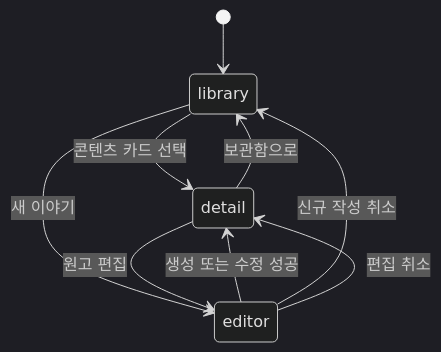
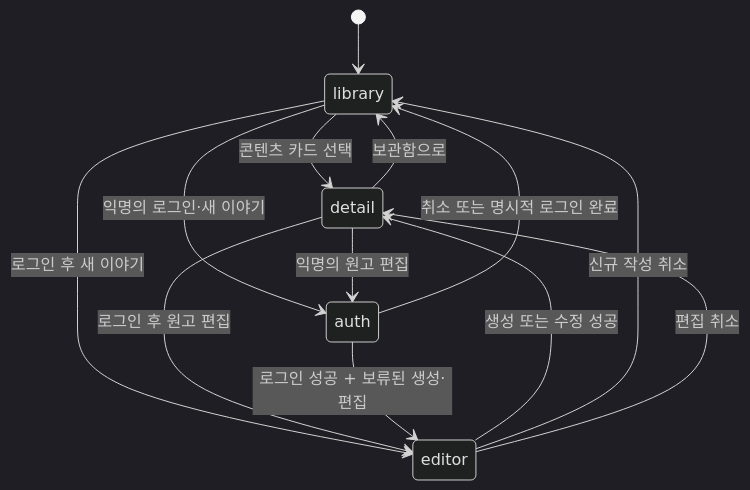
The second of 4 diagrams in FLOW.md (dbrlwns/spring-react-sleeping-sound), drawn with Mermaid (dark theme) before and after one commit. The commit also changed other lines of this file and 93 other files, not shown here.

````diff
--- a/FLOW.md
+++ b/FLOW.md
@@ -165,11 +197,15 @@
 ```mermaid
 stateDiagram-v2
     [*] --> library
     library --> detail: 콘텐츠 카드 선택
-    library --> editor: 새 이야기
+    library --> editor: 로그인 후 새 이야기
+    library --> auth: 익명의 로그인·새 이야기
     detail --> library: 보관함으로
-    detail --> editor: 원고 편집
+    detail --> editor: 로그인 후 원고 편집
+    detail --> auth: 익명의 원고 편집
+    auth --> library: 취소 또는 명시적 로그인 완료
+    auth --> editor: 로그인 성공 + 보류된 생성·편집
     editor --> detail: 생성 또는 수정 성공
     editor --> library: 신규 작성 취소
     editor --> detail: 편집 취소
 ```
````
